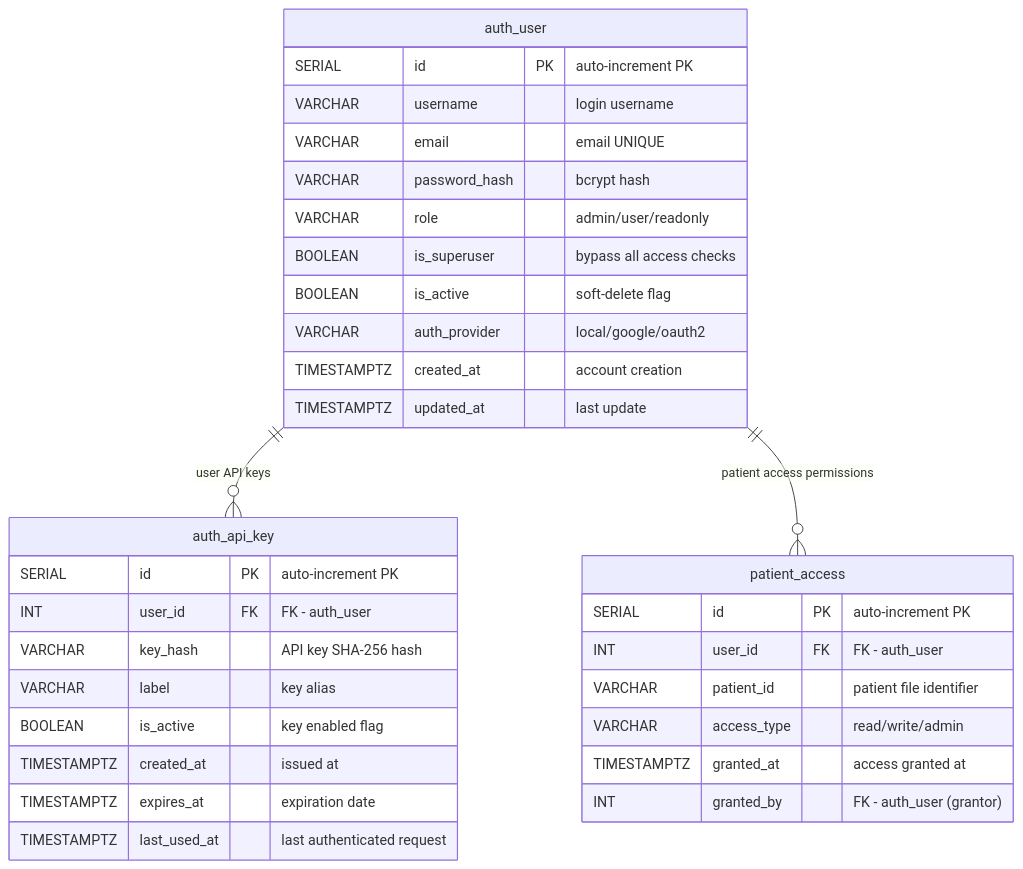
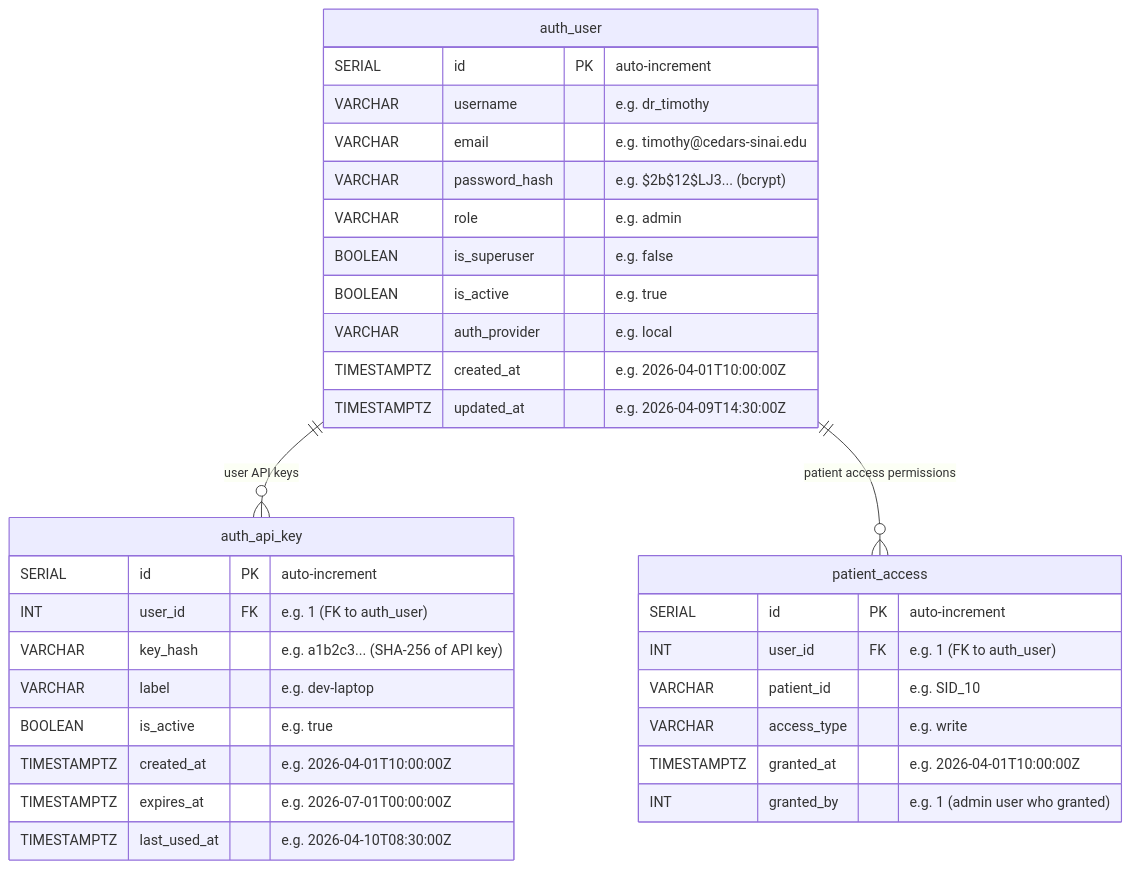
The fourth of 5 diagrams in app/Backend/patient_doctor_interface_erd_v3_en.md (HyunjunA/Prostate_cancer_consultation), drawn with Mermaid before and after one commit. The commit also changed other lines of this file and 2 other files, not shown here.

First line of the commit message:
docs: enhance ERD v3 with real DB examples, field-level explanations, and PDF

````diff
--- a/app/Backend/patient_doctor_interface_erd_v3_en.md
+++ b/app/Backend/patient_doctor_interface_erd_v3_en.md
@@ -107,38 +115,38 @@
 ```mermaid
 erDiagram
     auth_user {
-        SERIAL id PK "auto-increment PK"
-        VARCHAR username "login username"
-        VARCHAR email "email UNIQUE"
-        VARCHAR password_hash "bcrypt hash"
-        VARCHAR role "admin/user/readonly"
-        BOOLEAN is_superuser "bypass all access checks"
-        BOOLEAN is_active "soft-delete flag"
-        VARCHAR auth_provider "local/google/oauth2"
-        TIMESTAMPTZ created_at "account creation"
-        TIMESTAMPTZ updated_at "last update"
+        SERIAL id PK "auto-increment"
+        VARCHAR username "e.g. dr_timothy"
+        VARCHAR email "e.g. timothy@cedars-sinai.edu"
+        VARCHAR password_hash "e.g. $2b$12$LJ3... (bcrypt)"
+        VARCHAR role "e.g. admin"
+        BOOLEAN is_superuser "e.g. false"
+        BOOLEAN is_active "e.g. true"
+        VARCHAR auth_provider "e.g. local"
+        TIMESTAMPTZ created_at "e.g. 2026-04-01T10:00:00Z"
+        TIMESTAMPTZ updated_at "e.g. 2026-04-09T14:30:00Z"
     }
 
     auth_api_key {
-        SERIAL id PK "auto-increment PK"
-        INT user_id FK "FK - auth_user"
-        VARCHAR key_hash "API key SHA-256 hash"
-        VARCHAR label "key alias"
-        BOOLEAN is_active "key enabled flag"
-        TIMESTAMPTZ created_at "issued at"
-        TIMESTAMPTZ expires_at "expiration date"
-        TIMESTAMPTZ last_used_at "last authenticated request"
+        SERIAL id PK "auto-increment"
+        INT user_id FK "e.g. 1 (FK to auth_user)"
+        VARCHAR key_hash "e.g. a1b2c3... (SHA-256 of API key)"
+        VARCHAR label "e.g. dev-laptop"
+        BOOLEAN is_active "e.g. true"
+        TIMESTAMPTZ created_at "e.g. 2026-04-01T10:00:00Z"
+        TIMESTAMPTZ expires_at "e.g. 2026-07-01T00:00:00Z"
+        TIMESTAMPTZ last_used_at "e.g. 2026-04-10T08:30:00Z"
     }
 
     patient_access {
-        SERIAL id PK "auto-increment PK"
-        INT user_id FK "FK - auth_user"
-        VARCHAR patient_id "patient file identifier"
-        VARCHAR access_type "read/write/admin"
-        TIMESTAMPTZ granted_at "access granted at"
-        INT granted_by "FK - auth_user (grantor)"
+        SERIAL id PK "auto-increment"
+        INT user_id FK "e.g. 1 (FK to auth_user)"
+        VARCHAR patient_id "e.g. SID_10"
+        VARCHAR access_type "e.g. write"
+        TIMESTAMPTZ granted_at "e.g. 2026-04-01T10:00:00Z"
+        INT granted_by "e.g. 1 (admin user who granted)"
     }
 
     auth_user ||--o{ auth_api_key : "user API keys"
     auth_user ||--o{ patient_access : "patient access permissions"
 ```
````
